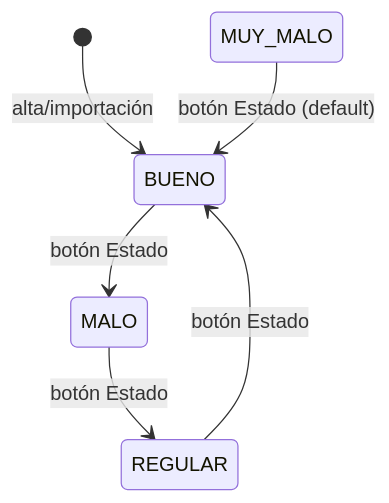
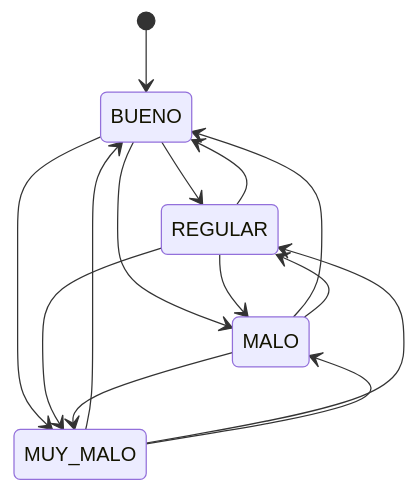
One commit to noemdb/systec changed the second of 4 diagrams in docs/DOMAIN.md. Above: the diagram before and after it, drawn with Mermaid. The commit also changed other lines of this file and 38 other files, not shown here.

````diff
--- a/docs/DOMAIN.md
+++ b/docs/DOMAIN.md
@@ -213,8 +190,16 @@
 ```mermaid
 stateDiagram-v2
-    [*] --> BUENO: alta/importación
-    BUENO --> MALO: botón Estado
-    MALO --> REGULAR: botón Estado
-    REGULAR --> BUENO: botón Estado
-    MUY_MALO --> BUENO: botón Estado (default)
+    [*] --> BUENO
+    BUENO --> REGULAR
+    BUENO --> MALO
+    BUENO --> MUY_MALO
+    REGULAR --> BUENO
+    REGULAR --> MALO
+    REGULAR --> MUY_MALO
+    MALO --> BUENO
+    MALO --> REGULAR
+    MALO --> MUY_MALO
+    MUY_MALO --> BUENO
+    MUY_MALO --> REGULAR
+    MUY_MALO --> MALO
 ```
````
